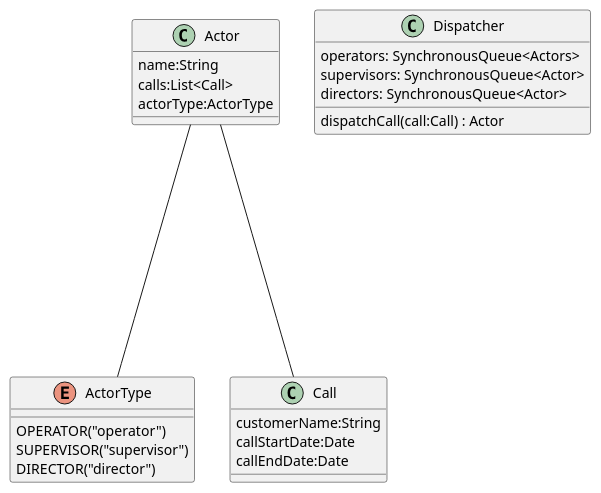
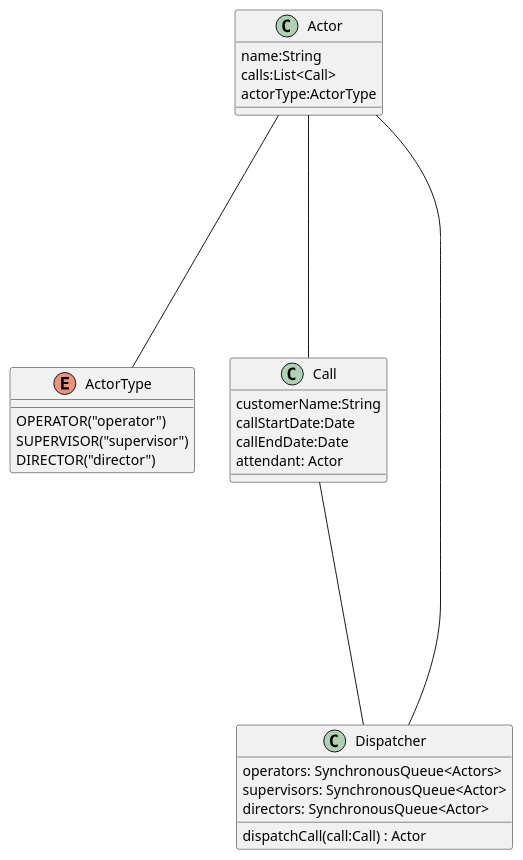
One commit to spachecogomez/dispatcherTest changed the diagram in almundo/src/Design.puml. Above: the diagram before and after it, drawn with PlantUML. The commit also changed 9 other files, not shown here.

```diff
--- a/almundo/src/Design.puml
+++ b/almundo/src/Design.puml
@@ -1,31 +1,34 @@
 @startuml
 
 enum ActorType{
     OPERATOR("operator")
     SUPERVISOR("supervisor")
     DIRECTOR("director")
 }
 
 class Actor{
     name:String
     calls:List<Call>
     actorType:ActorType
 
 }
 
 class Call{
     customerName:String
     callStartDate:Date
     callEndDate:Date
+    attendant: Actor
 }
 
 class Dispatcher{
     operators: SynchronousQueue<Actors>
     supervisors: SynchronousQueue<Actor>
     directors: SynchronousQueue<Actor>
 }
 
 Dispatcher : dispatchCall(call:Call) : Actor
 Actor ----- Call
 Actor ----- ActorType
+Actor ----- Dispatcher
+Call  ----- Dispatcher
 @enduml
```
